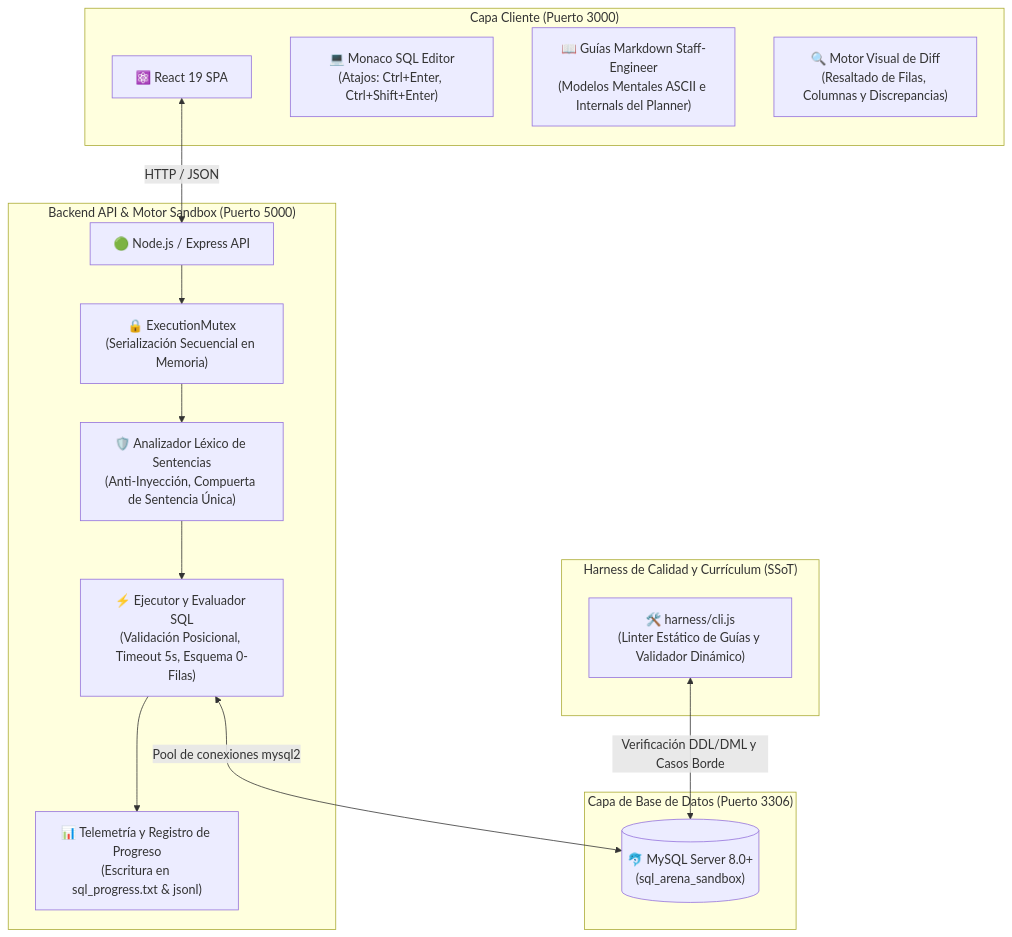
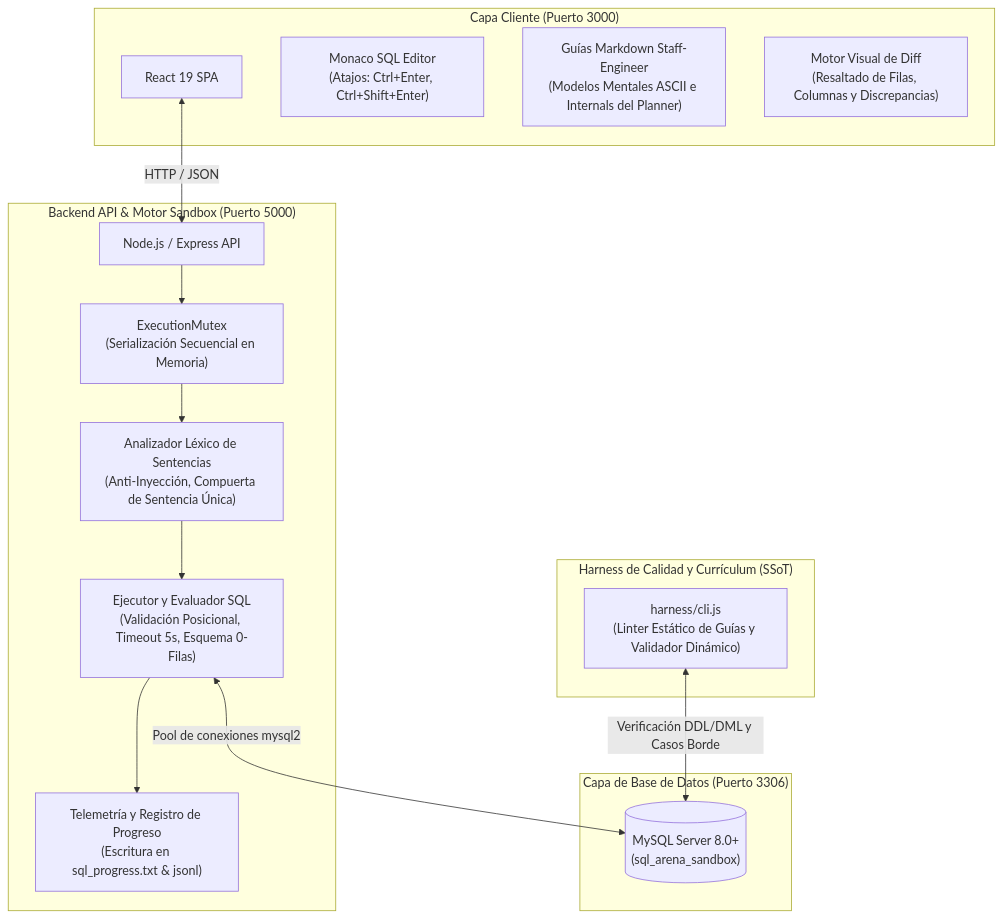
Before and after one commit to bapatata688/SQL_arena: the diagram in README.es.md, drawn with Mermaid. The commit also changed other lines of this file and 19 other files, not shown here.

````diff
--- a/README.es.md
+++ b/README.es.md
@@ -35,33 +35,33 @@
 ```mermaid
 flowchart TD
     subgraph Client ["Capa Cliente (Puerto 3000)"]
-        UI["⚛️ React 19 SPA"]
-        Editor["💻 Monaco SQL Editor\n(Atajos: Ctrl+Enter, Ctrl+Shift+Enter)"]
-        Guides["📖 Guías Markdown Staff-Engineer\n(Modelos Mentales ASCII e Internals del Planner)"]
-        DiffUI["🔍 Motor Visual de Diff\n(Resaltado de Filas, Columnas y Discrepancias)"]
+        UI["React 19 SPA"]
+        Editor["Monaco SQL Editor\n(Atajos: Ctrl+Enter, Ctrl+Shift+Enter)"]
+        Guides["Guías Markdown Staff-Engineer\n(Modelos Mentales ASCII e Internals del Planner)"]
+        DiffUI["Motor Visual de Diff\n(Resaltado de Filas, Columnas y Discrepancias)"]
     end
 
     subgraph Server ["Backend API & Motor Sandbox (Puerto 5000)"]
-        Express["🟢 Node.js / Express API"]
-        Mutex["🔒 ExecutionMutex\n(Serialización Secuencial en Memoria)"]
-        Parser["🛡️ Analizador Léxico de Sentencias\n(Anti-Inyección, Compuerta de Sentencia Única)"]
-        Runner["⚡ Ejecutor y Evaluador SQL\n(Validación Posicional, Timeout 5s, Esquema 0-Filas)"]
-        Telem["📊 Telemetría y Registro de Progreso\n(Escritura en sql_progress.txt & jsonl)"]
+        Express["Node.js / Express API"]
+        Mutex["ExecutionMutex\n(Serialización Secuencial en Memoria)"]
+        Parser["Analizador Léxico de Sentencias\n(Anti-Inyección, Compuerta de Sentencia Única)"]
+        Runner["Ejecutor y Evaluador SQL\n(Validación Posicional, Timeout 5s, Esquema 0-Filas)"]
+        Telem["Telemetría y Registro de Progreso\n(Escritura en sql_progress.txt & jsonl)"]
     end
 
     subgraph Harness ["Harness de Calidad y Currículum (SSoT)"]
-        CLI["🛠️ harness/cli.js\n(Linter Estático de Guías y Validador Dinámico)"]
+        CLI["harness/cli.js\n(Linter Estático de Guías y Validador Dinámico)"]
     end
 
     subgraph Database ["Capa de Base de Datos (Puerto 3306)"]
-        MySQL[("🐬 MySQL Server 8.0+\n(sql_arena_sandbox)")]
+        MySQL[("MySQL Server 8.0+\n(sql_arena_sandbox)")]
     end
 
     UI <-->|HTTP / JSON| Express
     Express --> Mutex
     Mutex --> Parser
     Parser --> Runner
     Runner <-->|Pool de conexiones mysql2| MySQL
     Runner --> Telem
     CLI <-->|Verificación DDL/DML y Casos Borde| MySQL
 ```
````
